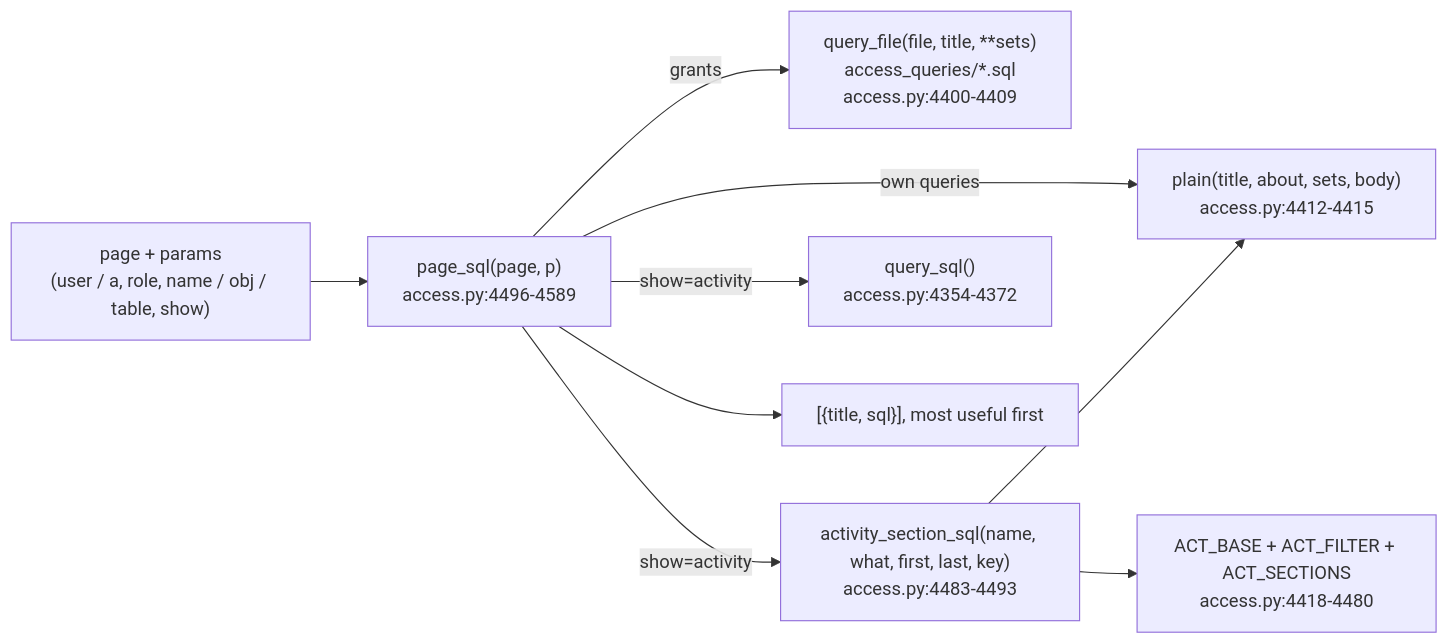
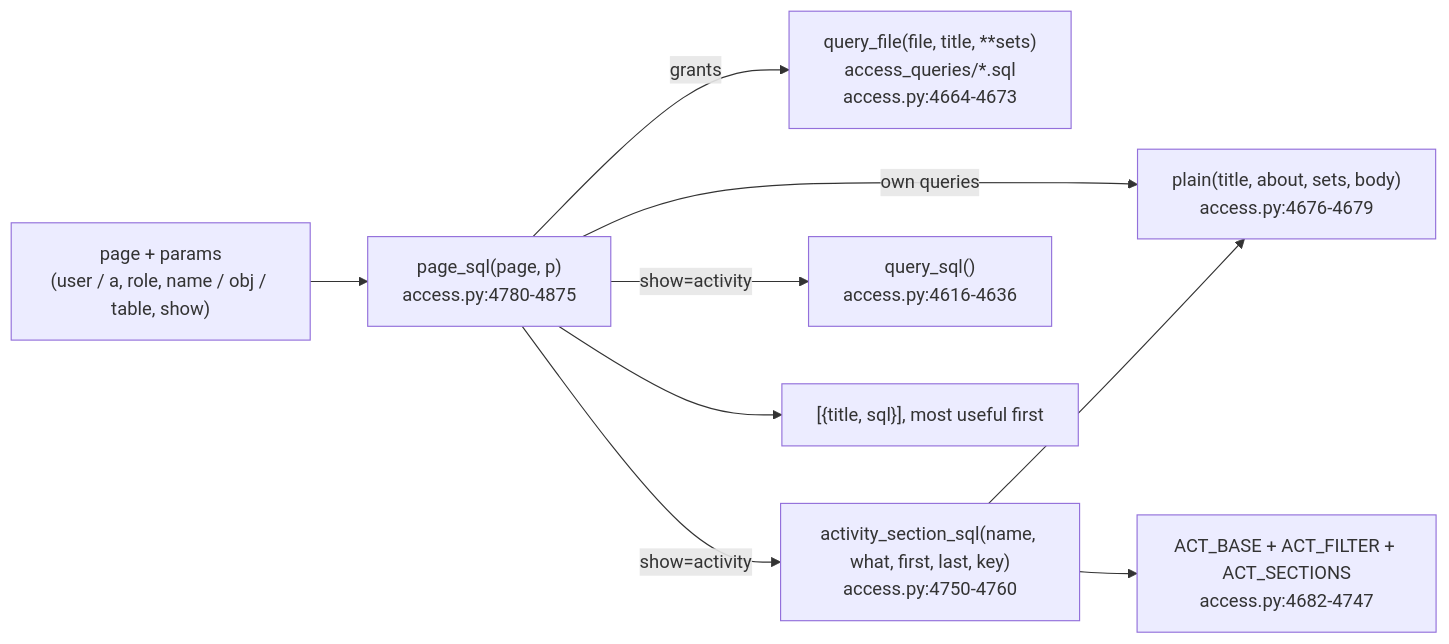
One commit to darshanmeel/snowflake-access-explorer changed the diagram in snowflake-access-explorer-knowledge-graph/logic/page-sql.md. Above: the diagram before and after it, drawn with Mermaid. The commit also changed other lines of this file and 79 other files, not shown here.

Commit message:
Knowledge graph: STATEMENT_TIMEOUT, WORKERS, ACTIVITY, HIERARCHY, progress lines, shared ACCESS_HISTORY read, procedure batching; node lines re-synced

````diff
--- a/snowflake-access-explorer-knowledge-graph/logic/page-sql.md
+++ b/snowflake-access-explorer-knowledge-graph/logic/page-sql.md
@@ -6,11 +6,11 @@
 ```mermaid
 flowchart LR
-  P["page + params<br/>(user / a, role, name / obj / table, show)"] --> PS["page_sql(page, p)<br/>access.py:4496-4589"]
-  PS -->|grants| QF["query_file(file, title, **sets)<br/>access_queries/*.sql<br/>access.py:4400-4409"]
-  PS -->|own queries| PL["plain(title, about, sets, body)<br/>access.py:4412-4415"]
-  PS -->|show=activity| AS["activity_section_sql(name, what, first, last, key)<br/>access.py:4483-4493"]
+  P["page + params<br/>(user / a, role, name / obj / table, show)"] --> PS["page_sql(page, p)<br/>access.py:4780-4875"]
+  PS -->|grants| QF["query_file(file, title, **sets)<br/>access_queries/*.sql<br/>access.py:4664-4673"]
+  PS -->|own queries| PL["plain(title, about, sets, body)<br/>access.py:4676-4679"]
+  PS -->|show=activity| AS["activity_section_sql(name, what, first, last, key)<br/>access.py:4750-4760"]
   AS --> PL
-  AS --> AB["ACT_BASE + ACT_FILTER + ACT_SECTIONS<br/>access.py:4418-4480"]
-  PS -->|show=activity| QS["query_sql()<br/>access.py:4354-4372"]
+  AS --> AB["ACT_BASE + ACT_FILTER + ACT_SECTIONS<br/>access.py:4682-4747"]
+  PS -->|show=activity| QS["query_sql()<br/>access.py:4616-4636"]
   PS --> OUT["[{title, sql}], most useful first"]
 ```
````
